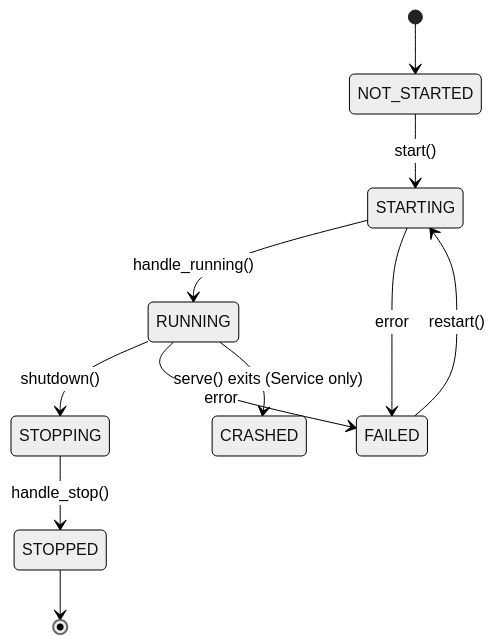
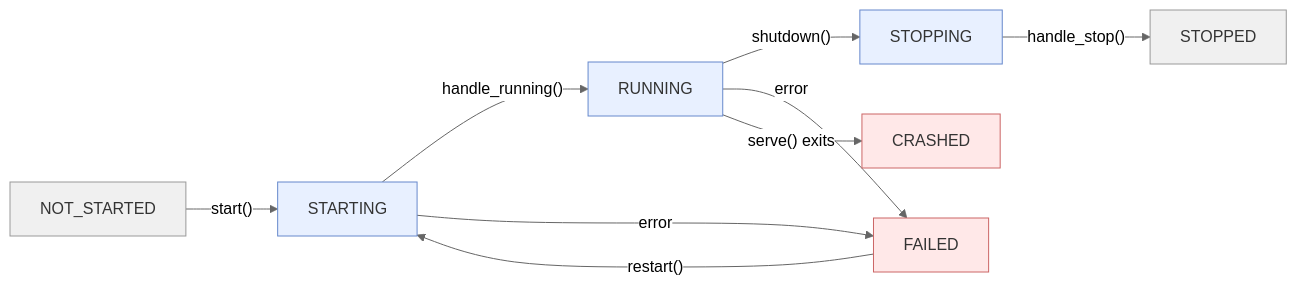
The tenth of 10 diagrams in docs/pages/core-concepts/internals.md (NodeJSmith/hassette), drawn with Mermaid (neutral theme) before and after one commit. The commit also changed other lines of this file, not shown here.

First line of the commit message:
docs: improve diagram layouts and readability

````diff
--- a/docs/pages/core-concepts/internals.md
+++ b/docs/pages/core-concepts/internals.md
@@ -449,16 +471,19 @@
 ```mermaid
-stateDiagram-v2
+flowchart LR
     accTitle: Resource Lifecycle States
     accDescr: Status transitions for all framework components
 
-    [*] --> NOT_STARTED
-    NOT_STARTED --> STARTING : start()
-    STARTING --> RUNNING : handle_running()
-    RUNNING --> STOPPING : shutdown()
-    STOPPING --> STOPPED : handle_stop()
-    STARTING --> FAILED : error
-    RUNNING --> FAILED : error
-    RUNNING --> CRASHED : serve() exits (Service only)
-    FAILED --> STARTING : restart()
-    STOPPED --> [*]
+    NOT_STARTED:::neutral -- "start()" --> STARTING:::active
+    STARTING -- "handle_running()" --> RUNNING:::active
+    RUNNING -- "shutdown()" --> STOPPING:::active
+    STOPPING -- "handle_stop()" --> STOPPED:::neutral
+
+    STARTING -- "error" --> FAILED:::error
+    RUNNING -- "error" --> FAILED
+    RUNNING -- "serve() exits" --> CRASHED:::error
+    FAILED -- "restart()" --> STARTING
+
+    classDef neutral fill:#f0f0f0,stroke:#999,color:#333
+    classDef active fill:#e8f0ff,stroke:#6688cc,color:#333
+    classDef error fill:#ffe8e8,stroke:#cc6666,color:#333
 ```
````
